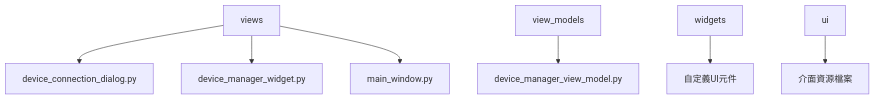
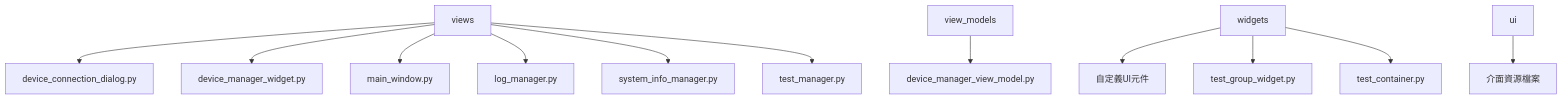
One commit to MingYuan-Chen/orion_v2 changed the second of 10 diagrams in orion_developer_document.md. Above: the diagram before and after it, drawn with Mermaid. The commit also changed other lines of this file, not shown here.

````diff
--- a/orion_developer_document.md
+++ b/orion_developer_document.md
@@ -103,14 +109,22 @@
 ```mermaid
 graph TD
     A[views]
     B[view_models]
     C[widgets]
     D[ui]
     
     A --> A1[device_connection_dialog.py]
     A --> A2[device_manager_widget.py]
     A --> A3[main_window.py]
+    A --> A4[log_manager.py]
+    A --> A5[system_info_manager.py]
+    A --> A6[test_manager.py]
+    
     B --> B1[device_manager_view_model.py]
+    
     C --> C1[自定義UI元件]
+    C --> C2[test_group_widget.py]
+    C --> C3[test_container.py]
+    
     D --> D1[介面資源檔案]
 ```
````
